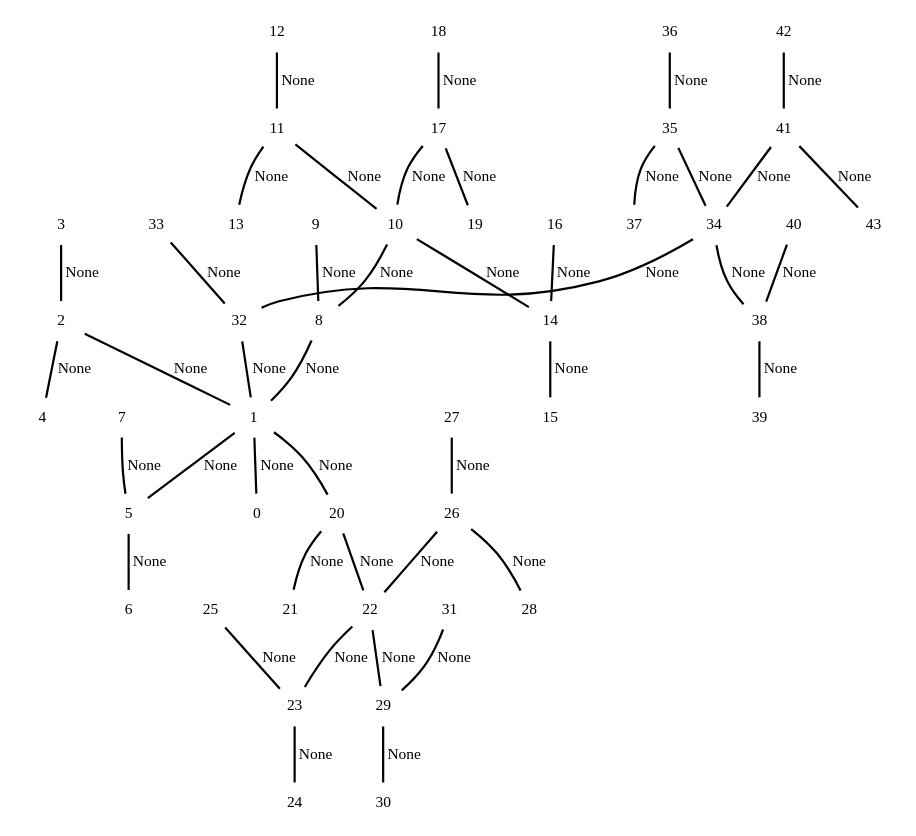
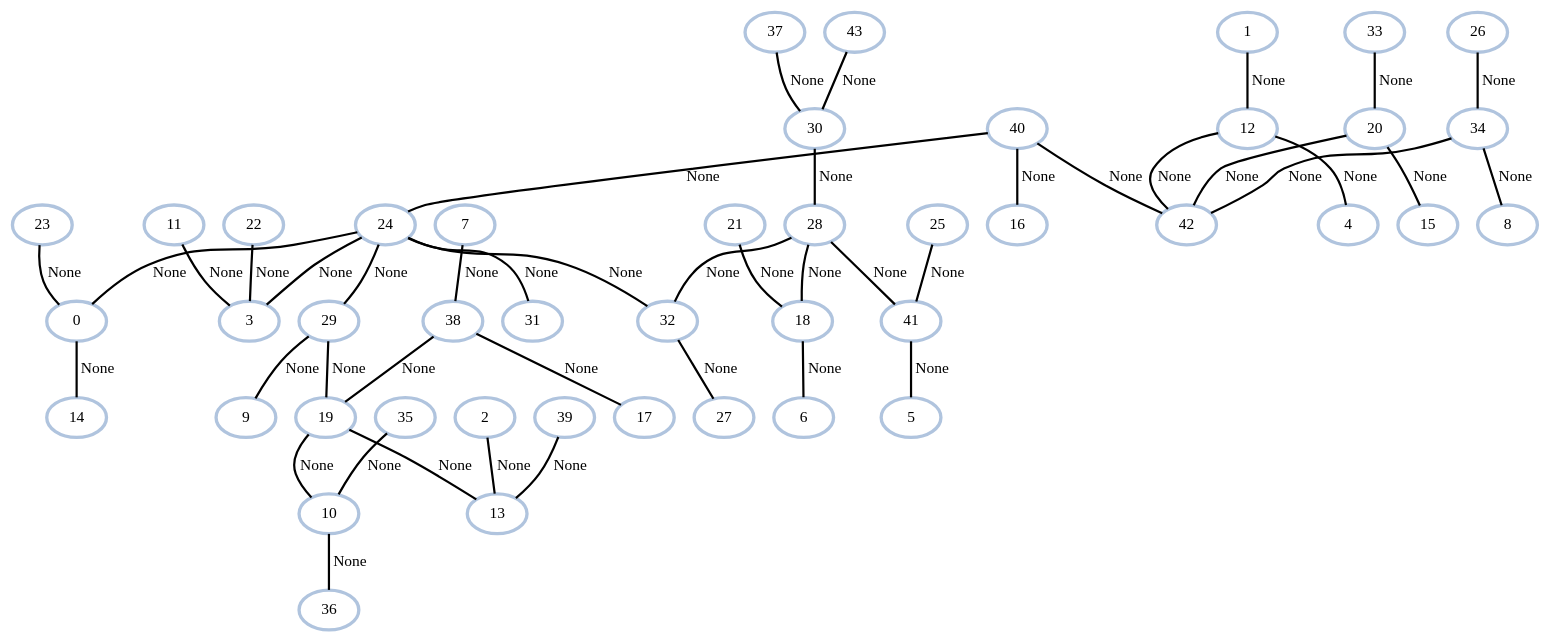
One commit to Deltanuke/GratisBier changed the diagram in outputsecond.dot. Above: the diagram before and after it, drawn with Graphviz. The commit also changed 4 other files, not shown here.

```diff
--- a/outputsecond.dot
+++ b/outputsecond.dot
@@ -1,90 +1,90 @@
 graph G {
-    0 [penwidth=3,label="0",color="white"]
-    1 [penwidth=3,label="1",color="white"]
-    2 [penwidth=3,label="2",color="white"]
-    3 [penwidth=3,label="3",color="white"]
-    4 [penwidth=3,label="4",color="white"]
-    5 [penwidth=3,label="5",color="white"]
-    6 [penwidth=3,label="6",color="white"]
-    7 [penwidth=3,label="7",color="white"]
-    8 [penwidth=3,label="8",color="white"]
-    9 [penwidth=3,label="9",color="white"]
-    10 [penwidth=3,label="10",color="white"]
-    11 [penwidth=3,label="11",color="white"]
-    12 [penwidth=3,label="12",color="white"]
-    13 [penwidth=3,label="13",color="white"]
-    14 [penwidth=3,label="14",color="white"]
-    15 [penwidth=3,label="15",color="white"]
-    16 [penwidth=3,label="16",color="white"]
-    17 [penwidth=3,label="17",color="white"]
-    18 [penwidth=3,label="18",color="white"]
-    19 [penwidth=3,label="19",color="white"]
-    20 [penwidth=3,label="20",color="white"]
-    21 [penwidth=3,label="21",color="white"]
-    22 [penwidth=3,label="22",color="white"]
-    23 [penwidth=3,label="23",color="white"]
-    24 [penwidth=3,label="24",color="white"]
-    25 [penwidth=3,label="25",color="white"]
-    26 [penwidth=3,label="26",color="white"]
-    27 [penwidth=3,label="27",color="white"]
-    28 [penwidth=3,label="28",color="white"]
-    29 [penwidth=3,label="29",color="white"]
-    30 [penwidth=3,label="30",color="white"]
-    31 [penwidth=3,label="31",color="white"]
-    32 [penwidth=3,label="32",color="white"]
-    33 [penwidth=3,label="33",color="white"]
-    34 [penwidth=3,label="34",color="white"]
-    35 [penwidth=3,label="35",color="white"]
-    36 [penwidth=3,label="36",color="white"]
-    37 [penwidth=3,label="37",color="white"]
-    38 [penwidth=3,label="38",color="white"]
-    39 [penwidth=3,label="39",color="white"]
-    40 [penwidth=3,label="40",color="white"]
-    41 [penwidth=3,label="41",color="white"]
-    42 [penwidth=3,label="42",color="white"]
-    43 [penwidth=3,label="43",color="white"]
+    0 [penwidth=3,label="0",color="lightsteelblue"]
+    1 [penwidth=3,label="1",color="lightsteelblue"]
+    2 [penwidth=3,label="2",color="lightsteelblue"]
+    3 [penwidth=3,label="3",color="lightsteelblue"]
+    4 [penwidth=3,label="4",color="lightsteelblue"]
+    5 [penwidth=3,label="5",color="lightsteelblue"]
+    6 [penwidth=3,label="6",color="lightsteelblue"]
+    7 [penwidth=3,label="7",color="lightsteelblue"]
+    8 [penwidth=3,label="8",color="lightsteelblue"]
+    9 [penwidth=3,label="9",color="lightsteelblue"]
+    10 [penwidth=3,label="10",color="lightsteelblue"]
+    11 [penwidth=3,label="11",color="lightsteelblue"]
+    12 [penwidth=3,label="12",color="lightsteelblue"]
+    13 [penwidth=3,label="13",color="lightsteelblue"]
+    14 [penwidth=3,label="14",color="lightsteelblue"]
+    15 [penwidth=3,label="15",color="lightsteelblue"]
+    16 [penwidth=3,label="16",color="lightsteelblue"]
+    17 [penwidth=3,label="17",color="lightsteelblue"]
+    18 [penwidth=3,label="18",color="lightsteelblue"]
+    19 [penwidth=3,label="19",color="lightsteelblue"]
+    20 [penwidth=3,label="20",color="lightsteelblue"]
+    21 [penwidth=3,label="21",color="lightsteelblue"]
+    22 [penwidth=3,label="22",color="lightsteelblue"]
+    23 [penwidth=3,label="23",color="lightsteelblue"]
+    24 [penwidth=3,label="24",color="lightsteelblue"]
+    25 [penwidth=3,label="25",color="lightsteelblue"]
+    26 [penwidth=3,label="26",color="lightsteelblue"]
+    27 [penwidth=3,label="27",color="lightsteelblue"]
+    28 [penwidth=3,label="28",color="lightsteelblue"]
+    29 [penwidth=3,label="29",color="lightsteelblue"]
+    30 [penwidth=3,label="30",color="lightsteelblue"]
+    31 [penwidth=3,label="31",color="lightsteelblue"]
+    32 [penwidth=3,label="32",color="lightsteelblue"]
+    33 [penwidth=3,label="33",color="lightsteelblue"]
+    34 [penwidth=3,label="34",color="lightsteelblue"]
+    35 [penwidth=3,label="35",color="lightsteelblue"]
+    36 [penwidth=3,label="36",color="lightsteelblue"]
+    37 [penwidth=3,label="37",color="lightsteelblue"]
+    38 [penwidth=3,label="38",color="lightsteelblue"]
+    39 [penwidth=3,label="39",color="lightsteelblue"]
+    40 [penwidth=3,label="40",color="lightsteelblue"]
+    41 [penwidth=3,label="41",color="lightsteelblue"]
+    42 [penwidth=3,label="42",color="lightsteelblue"]
+    43 [penwidth=3,label="43",color="lightsteelblue"]
 
-    1--0 [penwidth=2,label="None"]
-    2--1 [penwidth=2,label="None"]
-    3--2 [penwidth=2,label="None"]
-    2--4 [penwidth=2,label="None"]
-    1--5 [penwidth=2,label="None"]
-    5--6 [penwidth=2,label="None"]
-    7--5 [penwidth=2,label="None"]
-    8--1 [penwidth=2,label="None"]
-    9--8 [penwidth=2,label="None"]
-    10--8 [penwidth=2,label="None"]
-    11--10 [penwidth=2,label="None"]
-    12--11 [penwidth=2,label="None"]
-    11--13 [penwidth=2,label="None"]
-    10--14 [penwidth=2,label="None"]
-    14--15 [penwidth=2,label="None"]
-    16--14 [penwidth=2,label="None"]
-    17--10 [penwidth=2,label="None"]
-    18--17 [penwidth=2,label="None"]
-    17--19 [penwidth=2,label="None"]
-    1--20 [penwidth=2,label="None"]
-    20--21 [penwidth=2,label="None"]
-    20--22 [penwidth=2,label="None"]
-    22--23 [penwidth=2,label="None"]
-    23--24 [penwidth=2,label="None"]
-    25--23 [penwidth=2,label="None"]
-    26--22 [penwidth=2,label="None"]
-    27--26 [penwidth=2,label="None"]
-    26--28 [penwidth=2,label="None"]
-    22--29 [penwidth=2,label="None"]
-    29--30 [penwidth=2,label="None"]
-    31--29 [penwidth=2,label="None"]
-    32--1 [penwidth=2,label="None"]
-    33--32 [penwidth=2,label="None"]
-    34--32 [penwidth=2,label="None"]
-    35--34 [penwidth=2,label="None"]
-    36--35 [penwidth=2,label="None"]
-    35--37 [penwidth=2,label="None"]
-    34--38 [penwidth=2,label="None"]
-    38--39 [penwidth=2,label="None"]
-    40--38 [penwidth=2,label="None"]
-    41--34 [penwidth=2,label="None"]
-    42--41 [penwidth=2,label="None"]
-    41--43 [penwidth=2,label="None"]
+    19--10 [penwidth=2,label="None"]
+    34--42 [penwidth=2,label="None"]
+    40--42 [penwidth=2,label="None"]
+    34--8 [penwidth=2,label="None"]
+    28--32 [penwidth=2,label="None"]
+    11--3 [penwidth=2,label="None"]
+    24--31 [penwidth=2,label="None"]
+    33--20 [penwidth=2,label="None"]
+    10--36 [penwidth=2,label="None"]
+    40--16 [penwidth=2,label="None"]
+    43--30 [penwidth=2,label="None"]
+    24--3 [penwidth=2,label="None"]
+    39--13 [penwidth=2,label="None"]
+    0--14 [penwidth=2,label="None"]
+    38--19 [penwidth=2,label="None"]
+    24--29 [penwidth=2,label="None"]
+    29--19 [penwidth=2,label="None"]
+    23--0 [penwidth=2,label="None"]
+    24--32 [penwidth=2,label="None"]
+    24--0 [penwidth=2,label="None"]
+    18--6 [penwidth=2,label="None"]
+    28--41 [penwidth=2,label="None"]
+    41--5 [penwidth=2,label="None"]
+    29--9 [penwidth=2,label="None"]
+    32--27 [penwidth=2,label="None"]
+    21--18 [penwidth=2,label="None"]
+    30--28 [penwidth=2,label="None"]
+    12--4 [penwidth=2,label="None"]
+    19--13 [penwidth=2,label="None"]
+    37--30 [penwidth=2,label="None"]
+    7--38 [penwidth=2,label="None"]
+    20--15 [penwidth=2,label="None"]
+    38--17 [penwidth=2,label="None"]
+    1--12 [penwidth=2,label="None"]
+    20--42 [penwidth=2,label="None"]
+    22--3 [penwidth=2,label="None"]
+    12--42 [penwidth=2,label="None"]
+    35--10 [penwidth=2,label="None"]
+    40--24 [penwidth=2,label="None"]
+    2--13 [penwidth=2,label="None"]
+    25--41 [penwidth=2,label="None"]
+    26--34 [penwidth=2,label="None"]
+    28--18 [penwidth=2,label="None"]
 }
```
